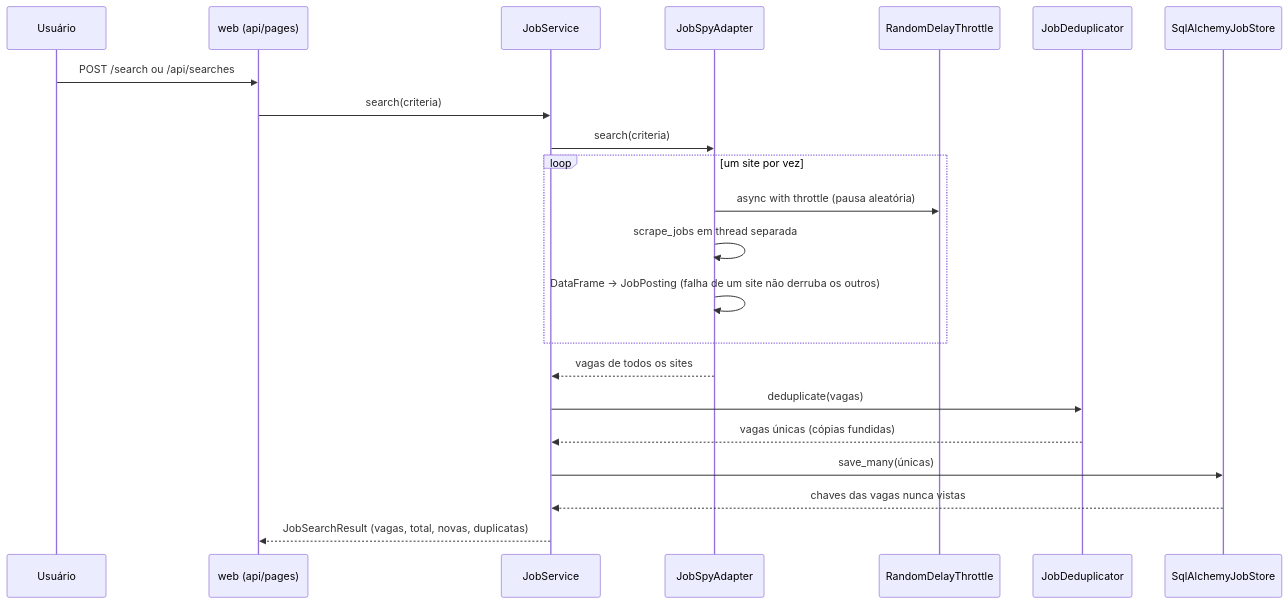
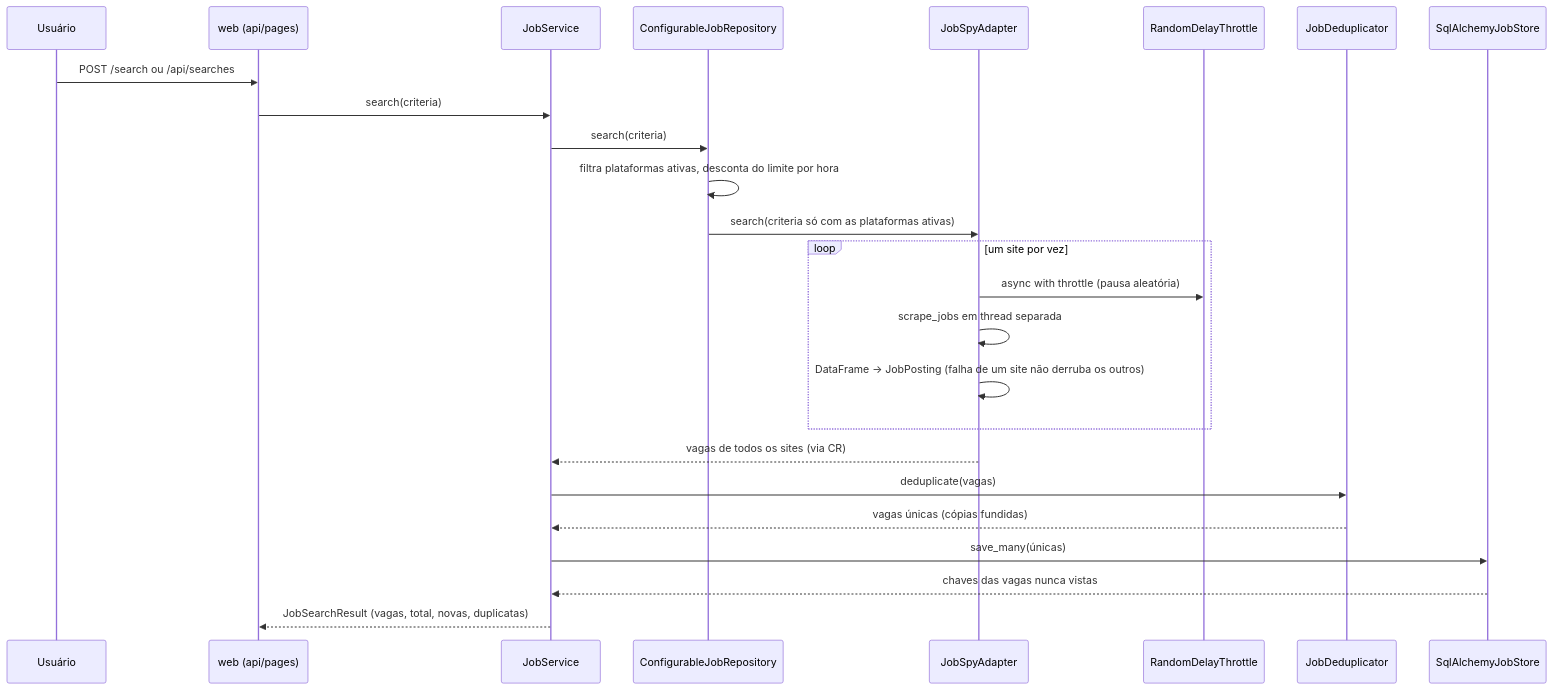
The second of 4 diagrams in docs/ARCHITECTURE.md (GilJSantana/copilot-job-gsantana), drawn with Mermaid before and after one commit. The commit also changed other lines of this file and 2 other files, not shown here.

````diff
--- a/docs/ARCHITECTURE.md
+++ b/docs/ARCHITECTURE.md
@@ -149,25 +192,28 @@
 ```mermaid
 sequenceDiagram
     participant U as Usuário
     participant W as web (api/pages)
     participant JS as JobService
+    participant CR as ConfigurableJobRepository
     participant JA as JobSpyAdapter
     participant T as RandomDelayThrottle
     participant D as JobDeduplicator
     participant ST as SqlAlchemyJobStore
 
     U->>W: POST /search ou /api/searches
     W->>JS: search(criteria)
-    JS->>JA: search(criteria)
+    JS->>CR: search(criteria)
+    CR->>CR: filtra plataformas ativas, desconta do limite por hora
+    CR->>JA: search(criteria só com as plataformas ativas)
     loop um site por vez
         JA->>T: async with throttle (pausa aleatória)
         JA->>JA: scrape_jobs em thread separada
         JA->>JA: DataFrame → JobPosting (falha de um site não derruba os outros)
     end
-    JA-->>JS: vagas de todos os sites
+    JA-->>JS: vagas de todos os sites (via CR)
     JS->>D: deduplicate(vagas)
     D-->>JS: vagas únicas (cópias fundidas)
     JS->>ST: save_many(únicas)
     ST-->>JS: chaves das vagas nunca vistas
     JS-->>W: JobSearchResult (vagas, total, novas, duplicatas)
 ```
````
